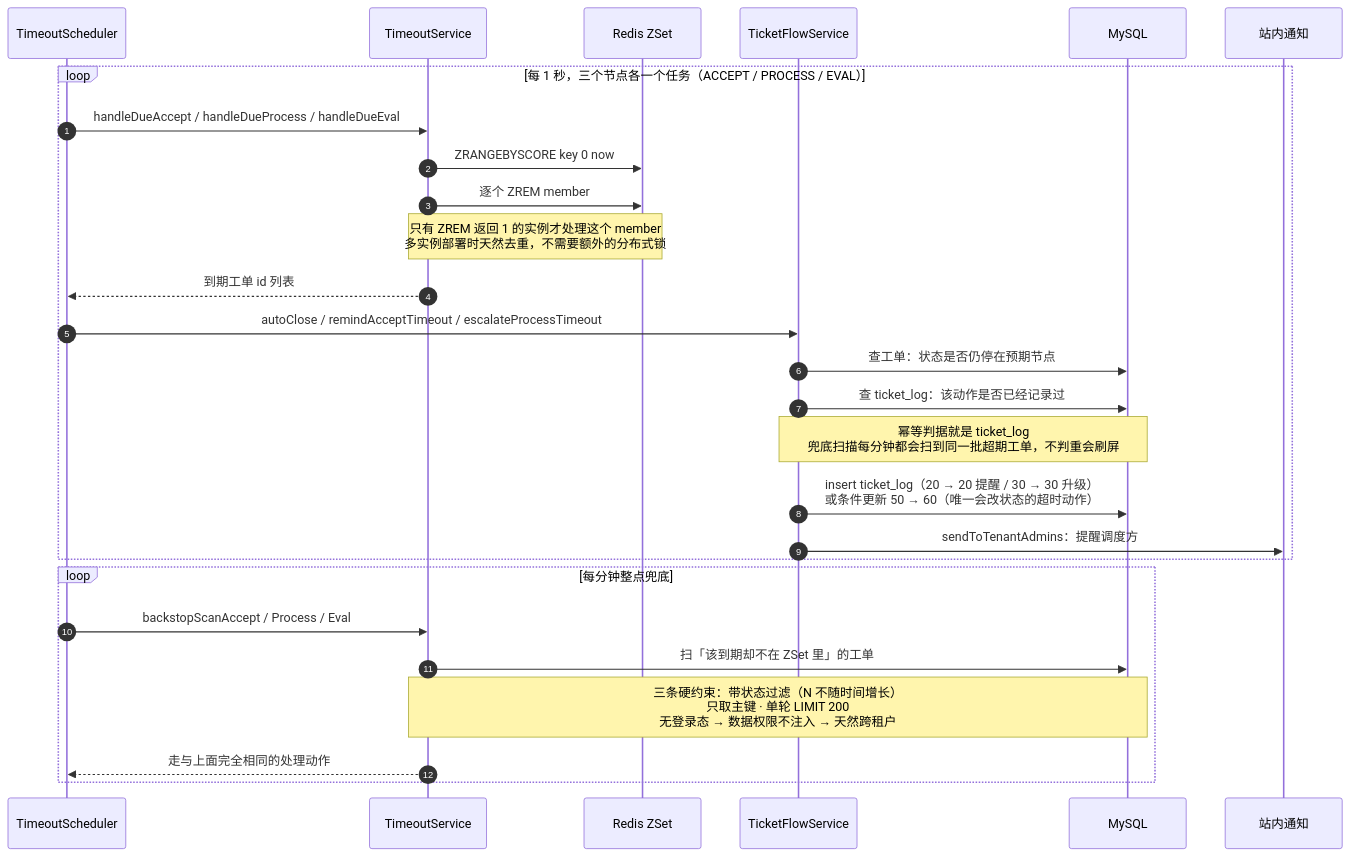
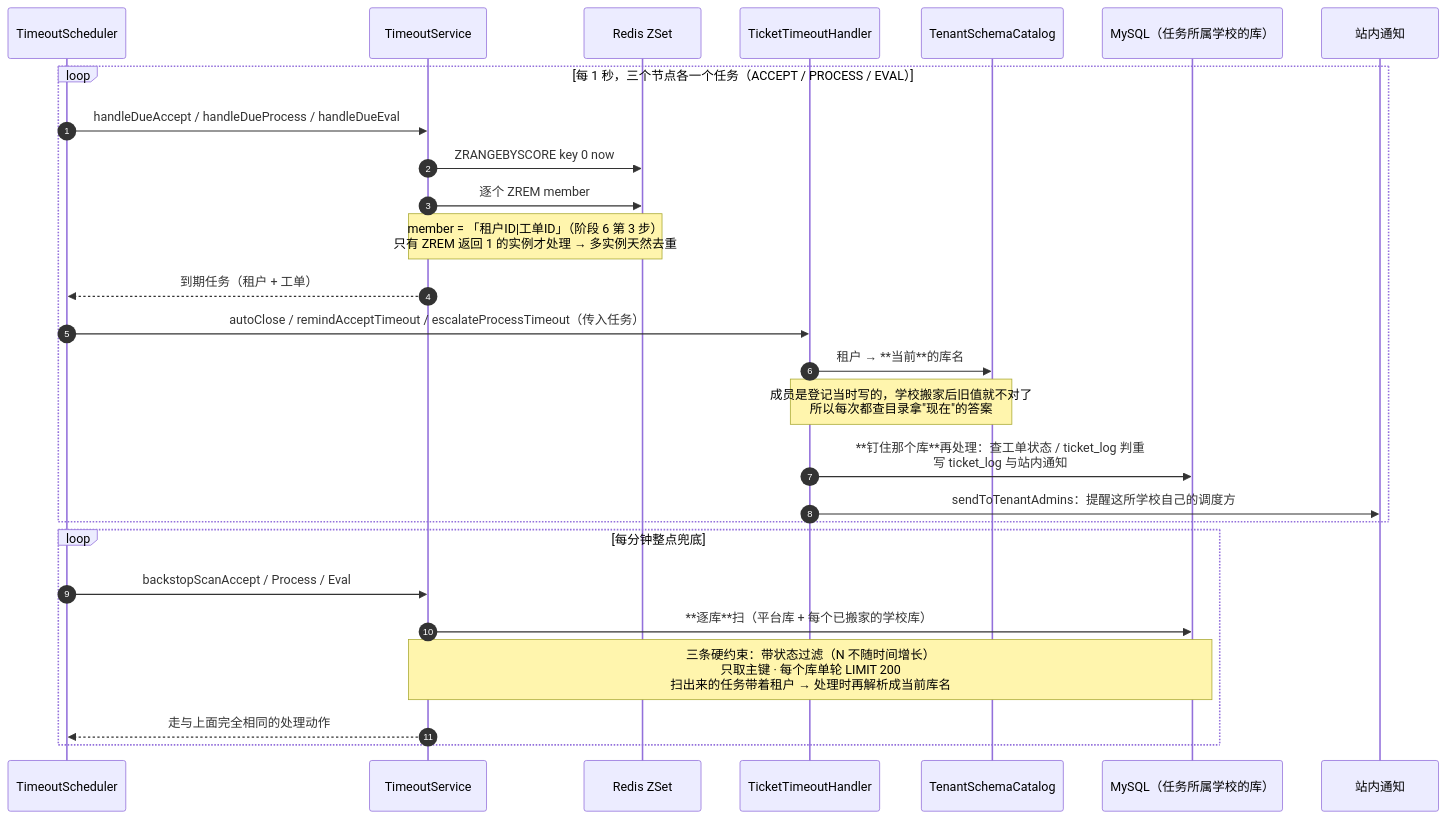
One commit to bluemalic/repair-platform changed the tenth of 12 diagrams in docs/06-架构图.md. Above: the diagram before and after it, drawn with Mermaid. The commit also changed other lines of this file and 4 other files, not shown here.

First line of the commit message:
docs(tenancy): ADR-021 第 3 步落地 + 架构图/部署/约定/进度同步

````diff
--- a/docs/06-架构图.md
+++ b/docs/06-架构图.md
@@ -467,31 +467,31 @@
 ```mermaid
 sequenceDiagram
     autonumber
     participant T as TimeoutScheduler
     participant TS as TimeoutService
     participant R as Redis ZSet
-    participant TI as TicketFlowService
-    participant DB as MySQL
+    participant TI as TicketTimeoutHandler
+    participant CAT as TenantSchemaCatalog
+    participant DB as MySQL（任务所属学校的库）
     participant N as 站内通知
 
     loop 每 1 秒，三个节点各一个任务（ACCEPT / PROCESS / EVAL）
         T->>TS: handleDueAccept / handleDueProcess / handleDueEval
         TS->>R: ZRANGEBYSCORE key 0 now
         TS->>R: 逐个 ZREM member
-        Note over TS,R: 只有 ZREM 返回 1 的实例才处理这个 member<br/>多实例部署时天然去重，不需要额外的分布式锁
-        TS-->>T: 到期工单 id 列表
-        T->>TI: autoClose / remindAcceptTimeout / escalateProcessTimeout
-        TI->>DB: 查工单：状态是否仍停在预期节点
-        TI->>DB: 查 ticket_log：该动作是否已经记录过
-        Note over TI,DB: 幂等判据就是 ticket_log<br/>兜底扫描每分钟都会扫到同一批超期工单，不判重会刷屏
-        TI->>DB: insert ticket_log（20 → 20 提醒 / 30 → 30 升级）<br/>或条件更新 50 → 60（唯一会改状态的超时动作）
-        TI->>N: sendToTenantAdmins：提醒调度方
+        Note over TS,R: member = 「租户ID|工单ID」（阶段 6 第 3 步）<br/>只有 ZREM 返回 1 的实例才处理 → 多实例天然去重
+        TS-->>T: 到期任务（租户 + 工单）
+        T->>TI: autoClose / remindAcceptTimeout / escalateProcessTimeout（传入任务）
+        TI->>CAT: 租户 → **当前**的库名
+        Note over TI,CAT: 成员是登记当时写的，学校搬家后旧值就不对了<br/>所以每次都查目录拿"现在"的答案
+        TI->>DB: **钉住那个库**再处理：查工单状态 / ticket_log 判重<br/>写 ticket_log 与站内通知
+        TI->>N: sendToTenantAdmins：提醒这所学校自己的调度方
     end
 
     loop 每分钟整点兜底
         T->>TS: backstopScanAccept / Process / Eval
-        TS->>DB: 扫「该到期却不在 ZSet 里」的工单
-        Note over TS,DB: 三条硬约束：带状态过滤（N 不随时间增长）<br/>只取主键 · 单轮 LIMIT 200<br/>无登录态 → 数据权限不注入 → 天然跨租户
+        TS->>DB: **逐库**扫（平台库 + 每个已搬家的学校库）
+        Note over TS,DB: 三条硬约束：带状态过滤（N 不随时间增长）<br/>只取主键 · 每个库单轮 LIMIT 200<br/>扫出来的任务带着租户 → 处理时再解析成当前库名
         TS-->>T: 走与上面完全相同的处理动作
     end
 ```
````
